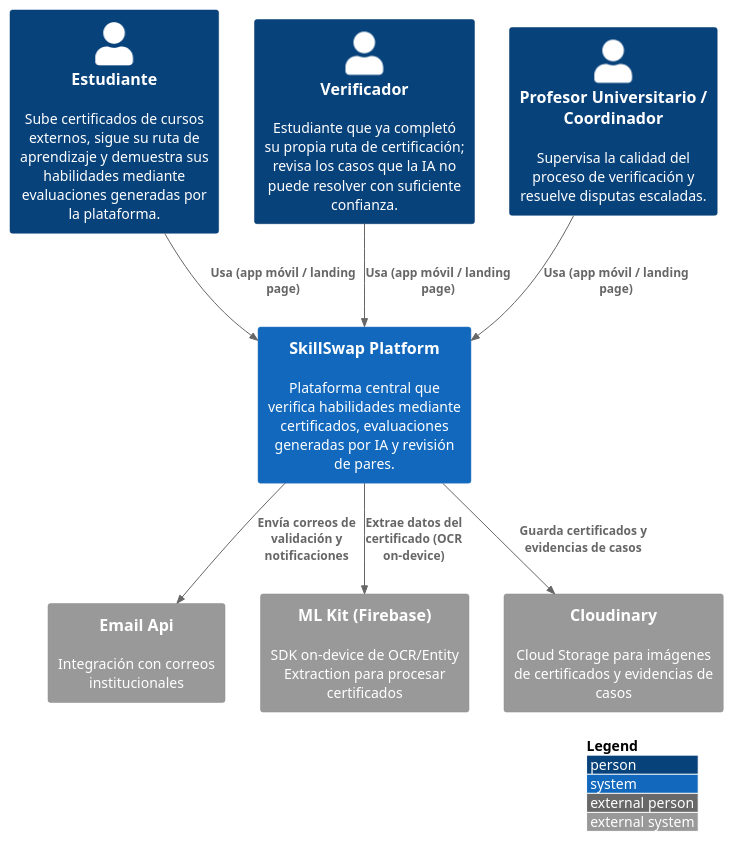
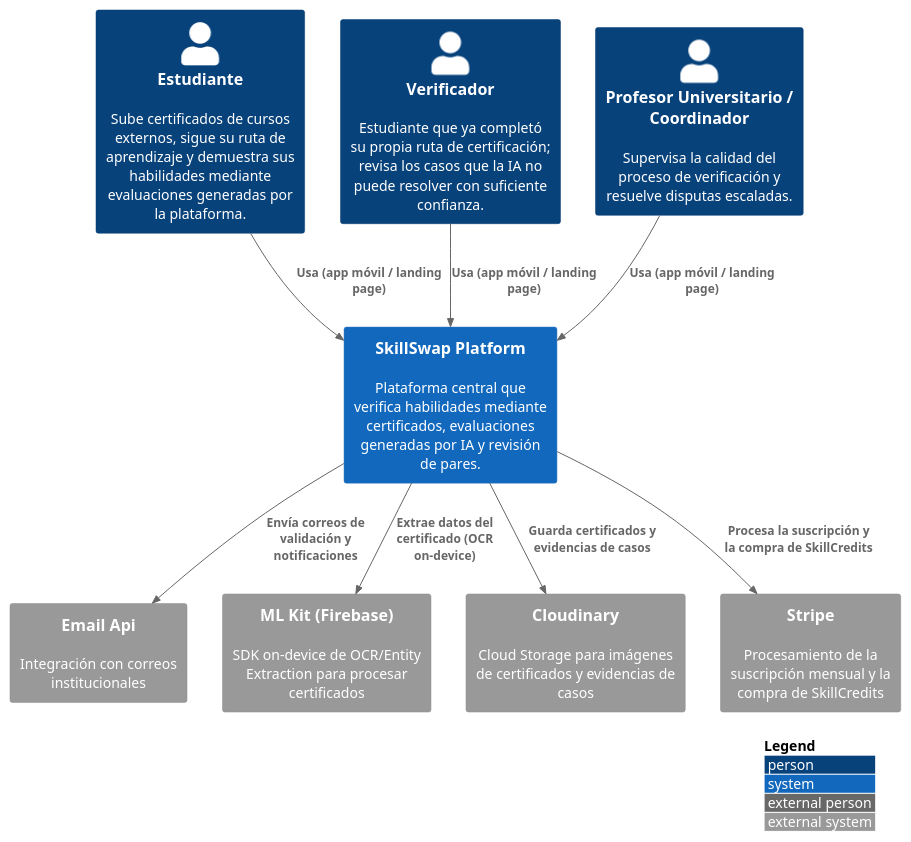
Before and after one commit to Aplicaciones-Dispositivos-Moviles/SkillSwap-ProjectReport: the diagram in DB&C4/System_Context_Diagram.puml, drawn with PlantUML. The commit also changed 15 other files, not shown here.

Commit message:
docs: add container diagrams and context mapping

```diff
--- a/DB&C4/System_Context_Diagram.puml
+++ b/DB&C4/System_Context_Diagram.puml
@@ -1,24 +1,26 @@
 @startuml SkillSwapSystemContext
 !include https://raw.githubusercontent.com/plantuml-stdlib/C4-PlantUML/master/C4_Context.puml
 
 LAYOUT_WITH_LEGEND()
 
 Person(student, "Estudiante", "Sube certificados de cursos externos, sigue su ruta de aprendizaje y demuestra sus habilidades mediante evaluaciones generadas por la plataforma.")
 Person(verifier, "Verificador", "Estudiante que ya completó su propia ruta de certificación; revisa los casos que la IA no puede resolver con suficiente confianza.")
 Person(professor, "Profesor Universitario / Coordinador", "Supervisa la calidad del proceso de verificación y resuelve disputas escaladas.")
 
 System(skillSwapSystem, "SkillSwap Platform", "Plataforma central que verifica habilidades mediante certificados, evaluaciones generadas por IA y revisión de pares.")
 
 System_Ext(emailService, "Email Api", "Integración con correos institucionales")
 System_Ext(mlKitService, "ML Kit (Firebase)", "SDK on-device de OCR/Entity Extraction para procesar certificados")
 System_Ext(cloudStorage, "Cloudinary", "Cloud Storage para imágenes de certificados y evidencias de casos")
+System_Ext(stripeApi, "Stripe", "Procesamiento de la suscripción mensual y la compra de SkillCredits")
 
 Rel(student, skillSwapSystem, "Usa (app móvil / landing page)")
 Rel(verifier, skillSwapSystem, "Usa (app móvil / landing page)")
 Rel(professor, skillSwapSystem, "Usa (app móvil / landing page)")
 
 Rel(skillSwapSystem, emailService, "Envía correos de validación y notificaciones")
 Rel(skillSwapSystem, mlKitService, "Extrae datos del certificado (OCR on-device)")
 Rel(skillSwapSystem, cloudStorage, "Guarda certificados y evidencias de casos")
+Rel(skillSwapSystem, stripeApi, "Procesa la suscripción y la compra de SkillCredits")
 
 @enduml
```
